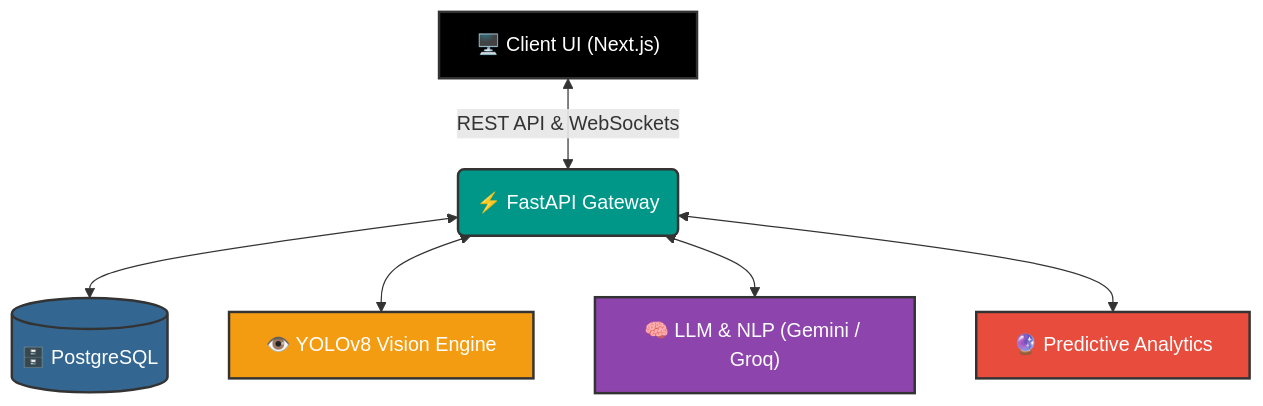
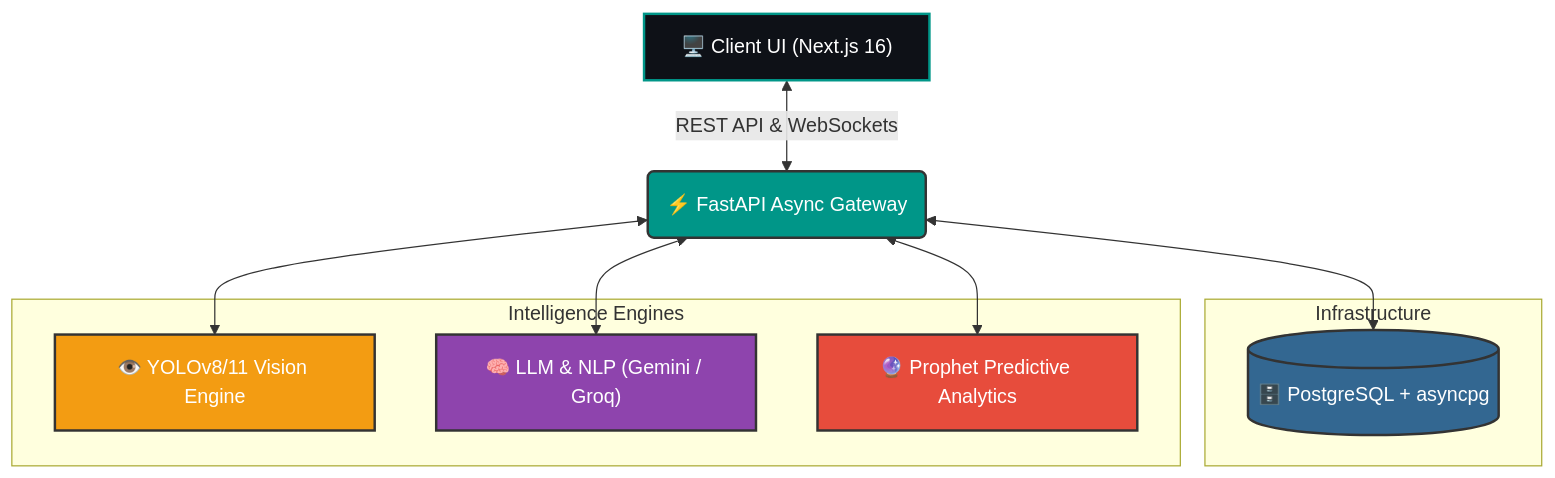
Before and after one commit to bhargavatejagolla/Laminar: the diagram in README.md, drawn with Mermaid. The commit also changed other lines of this file, not shown here.

````diff
--- a/README.md
+++ b/README.md
@@ -450,15 +235,26 @@
 ```mermaid
 graph TD
-    A["🖥️ Client UI (Next.js)"] <-->|REST API & WebSockets| B("⚡ FastAPI Gateway")
-    B <--> C[("🗄️ PostgreSQL")]
-    B <--> D["👁️ YOLOv8 Vision Engine"]
-    B <--> E["🧠 LLM & NLP (Gemini / Groq)"]
-    B <--> F["🔮 Predictive Analytics"]
+    A["🖥️ Client UI (Next.js 16)"] <-->|REST API & WebSockets| B("⚡ FastAPI Async Gateway")
     
-    style A fill:#000,stroke:#333,stroke-width:2px,color:#fff
+    subgraph Infrastructure
+        C[("🗄️ PostgreSQL + asyncpg")]
+    end
+    
+    subgraph Intelligence Engines
+        D["👁️ YOLOv8/11 Vision Engine"]
+        E["🧠 LLM & NLP (Gemini / Groq)"]
+        F["🔮 Prophet Predictive Analytics"]
+    end
+    
+    B <--> C
+    B <--> D
+    B <--> E
+    B <--> F
+    
+    style A fill:#0e1117,stroke:#009688,stroke-width:2px,color:#fff
     style B fill:#009688,stroke:#333,stroke-width:2px,color:#fff
     style C fill:#336791,stroke:#333,stroke-width:2px,color:#fff
     style D fill:#f39c12,stroke:#333,stroke-width:2px,color:#fff
     style E fill:#8e44ad,stroke:#333,stroke-width:2px,color:#fff
     style F fill:#e74c3c,stroke:#333,stroke-width:2px,color:#fff
 ```
````
